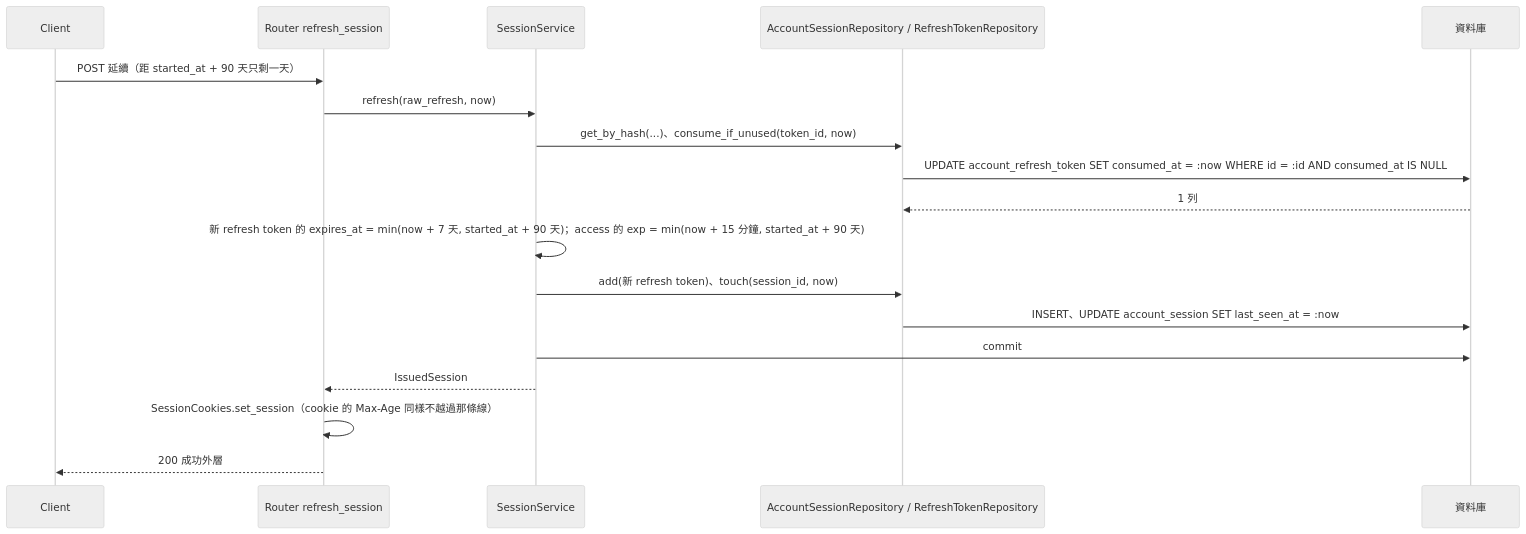
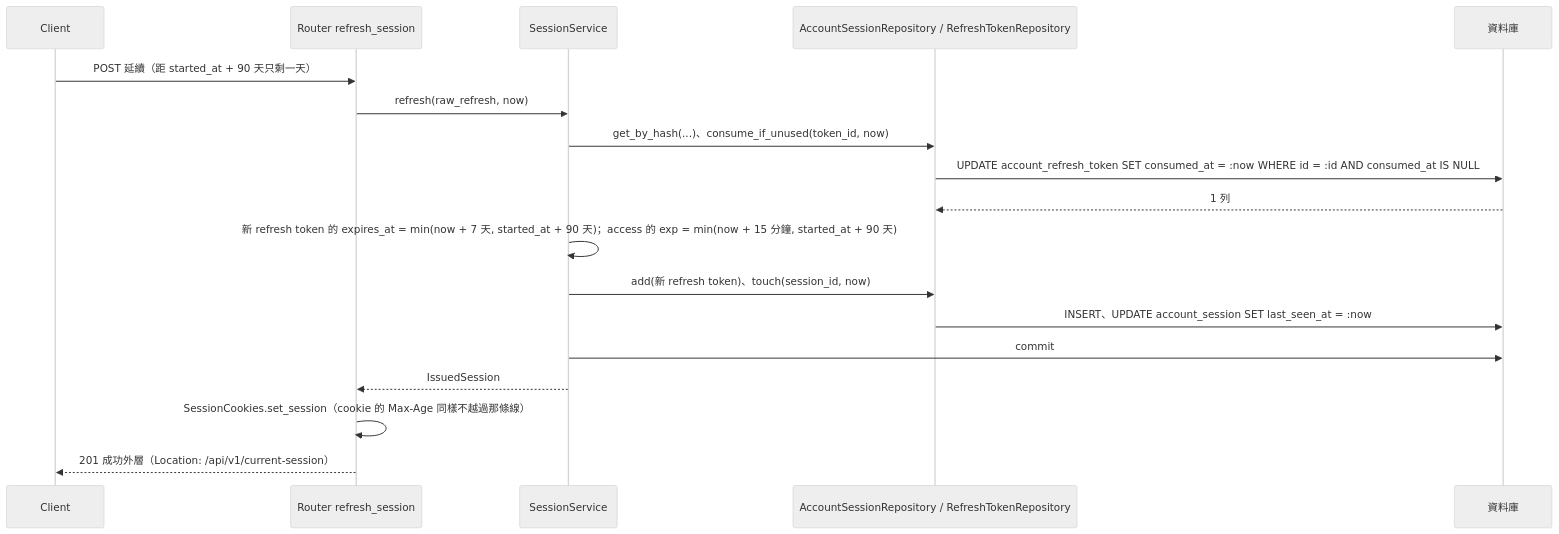
Before and after one commit to label-suite/label-suite: diagram 23 of 32 in openspec/changes/login-auth-guard/system-design.md, drawn with Mermaid (neutral theme). The commit also changed other lines of this file and 9 other files, not shown here.

````diff
--- a/openspec/changes/login-auth-guard/system-design.md
+++ b/openspec/changes/login-auth-guard/system-design.md
@@ -849,20 +874,20 @@
 ```mermaid
 sequenceDiagram
   participant C as Client
   participant R as Router refresh_session
   participant S as SessionService
   participant Q as AccountSessionRepository / RefreshTokenRepository
   participant DB as 資料庫
   C->>R: POST 延續（距 started_at + 90 天只剩一天）
   R->>S: refresh(raw_refresh, now)
   S->>Q: get_by_hash(...)、consume_if_unused(token_id, now)
   Q->>DB: UPDATE account_refresh_token SET consumed_at = :now WHERE id = :id AND consumed_at IS NULL
   DB-->>Q: 1 列
   S->>S: 新 refresh token 的 expires_at = min(now + 7 天, started_at + 90 天)；access 的 exp = min(now + 15 分鐘, started_at + 90 天)
   S->>Q: add(新 refresh token)、touch(session_id, now)
   Q->>DB: INSERT、UPDATE account_session SET last_seen_at = :now
   S->>DB: commit
   S-->>R: IssuedSession
   R->>R: SessionCookies.set_session（cookie 的 Max-Age 同樣不越過那條線）
-  R-->>C: 200 成功外層
+  R-->>C: 201 成功外層（Location: /api/v1/current-session）
 ```
````
